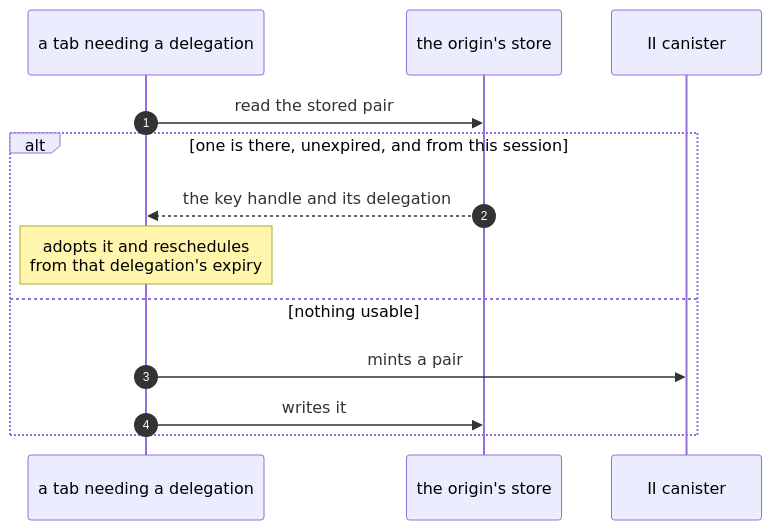
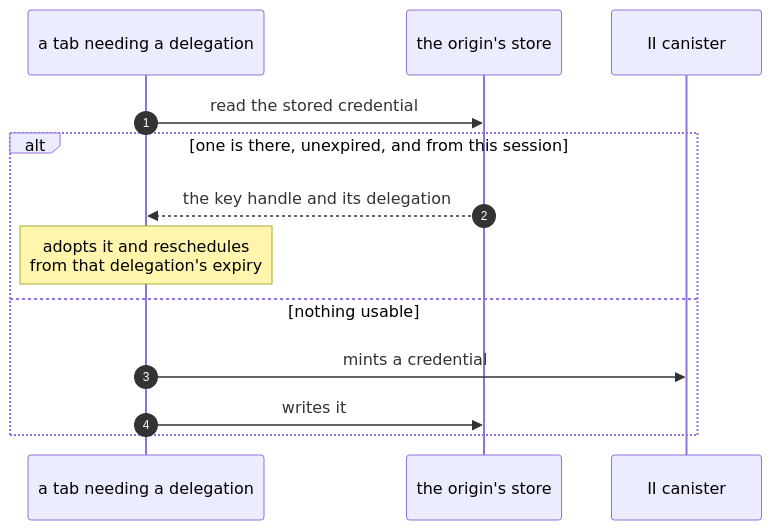
One commit to dfinity/internet-identity changed the third of 5 diagrams in docs/ongoing/client-app-sessions.md. Above: the diagram before and after it, drawn with Mermaid. The commit also changed other lines of this file and 1 other file, not shown here.

First line of the commit message:
docs: one credential store, and a published status beside it

````diff
--- a/docs/ongoing/client-app-sessions.md
+++ b/docs/ongoing/client-app-sessions.md
@@ -208,16 +212,16 @@
 ```mermaid
 sequenceDiagram
     autonumber
     participant T as a tab needing a delegation
     participant S as the origin's store
     participant II as II canister
 
-    T->>S: read the stored pair
+    T->>S: read the stored credential
     alt one is there, unexpired, and from this session
         S-->>T: the key handle and its delegation
         Note over T: adopts it and reschedules<br/>from that delegation's expiry
     else nothing usable
-        T->>II: mints a pair
+        T->>II: mints a credential
         T->>S: writes it
     end
 ```
````
